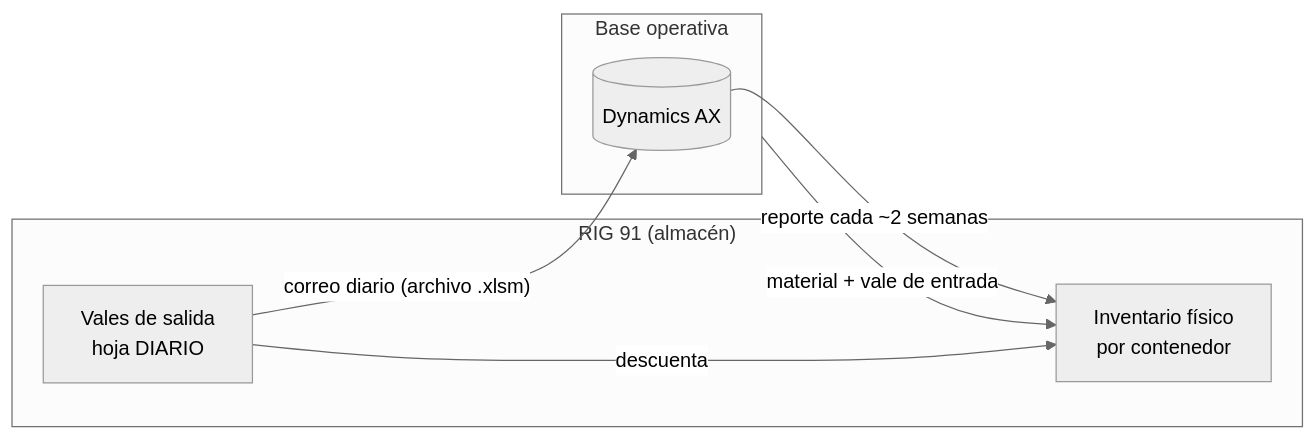
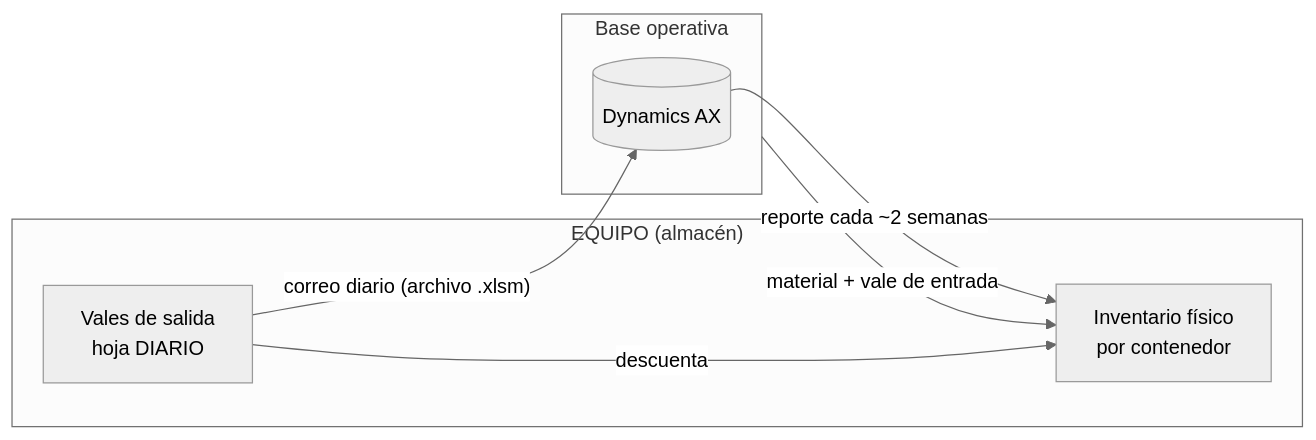
One commit to mrketchupp/Control-almacen changed the diagram in docs/01-contexto.md. Above: the diagram before and after it, drawn with Mermaid (neutral theme). The commit also changed other lines of this file and 45 other files, not shown here.

````diff
--- a/docs/01-contexto.md
+++ b/docs/01-contexto.md
@@ -23,14 +23,14 @@
 ```mermaid
 flowchart LR
-    subgraph RIG["RIG 91 (almacén)"]
+    subgraph equipo["EQUIPO (almacén)"]
         F[Inventario físico<br/>por contenedor]
         V[Vales de salida<br/>hoja DIARIO]
     end
     subgraph BASE["Base operativa"]
         AX[(Dynamics AX)]
     end
     V -->|"correo diario (archivo .xlsm)"| AX
     AX -->|"reporte cada ~2 semanas"| F
     BASE -->|"material + vale de entrada"| F
     V -->|"descuenta"| F
 ```
````
